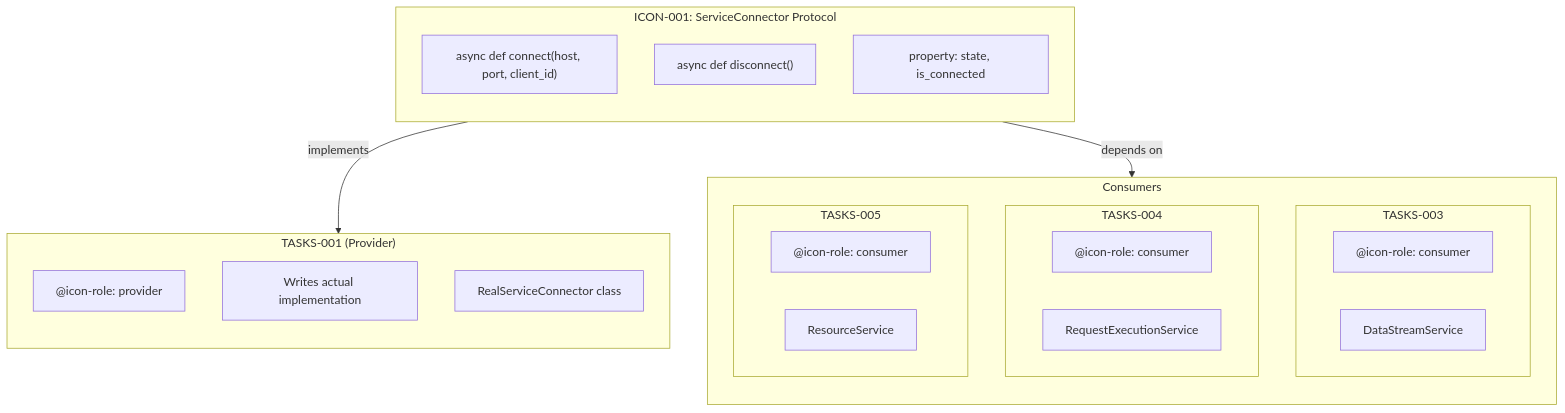
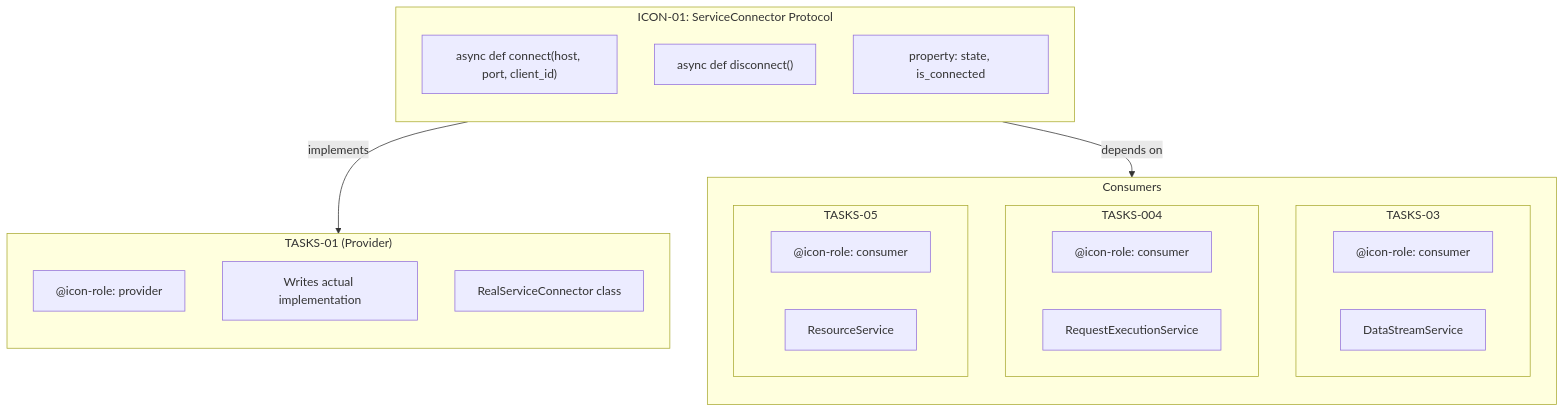
The first of 3 diagrams in ai_dev_flow/ICON/README.md (vladm3105/aidoc-flow-framework), drawn with Mermaid before and after one commit. The commit also changed other lines of this file and 215 other files, not shown here.

````diff
--- a/ai_dev_flow/ICON/README.md
+++ b/ai_dev_flow/ICON/README.md
@@ -287,35 +287,35 @@
 ```mermaid
 flowchart TB
-    subgraph ICON["ICON-001: ServiceConnector Protocol"]
+    subgraph ICON["ICON-01: ServiceConnector Protocol"]
         direction TB
         I1["async def connect(host, port, client_id)"]
         I2["async def disconnect()"]
         I3["property: state, is_connected"]
     end
 
-    subgraph Provider["TASKS-001 (Provider)"]
+    subgraph Provider["TASKS-01 (Provider)"]
         direction TB
         P1["@icon-role: provider"]
         P2["Writes actual implementation"]
         P3["RealServiceConnector class"]
     end
 
     subgraph Consumers["Consumers"]
         direction TB
-        subgraph C1["TASKS-003"]
+        subgraph C1["TASKS-03"]
             C1a["@icon-role: consumer"]
             C1b["DataStreamService"]
         end
         subgraph C2["TASKS-004"]
             C2a["@icon-role: consumer"]
             C2b["RequestExecutionService"]
         end
-        subgraph C3["TASKS-005"]
+        subgraph C3["TASKS-05"]
             C3a["@icon-role: consumer"]
             C3b["ResourceService"]
         end
     end
 
     ICON -->|"implements"| Provider
     ICON -->|"depends on"| Consumers
 ```
````
